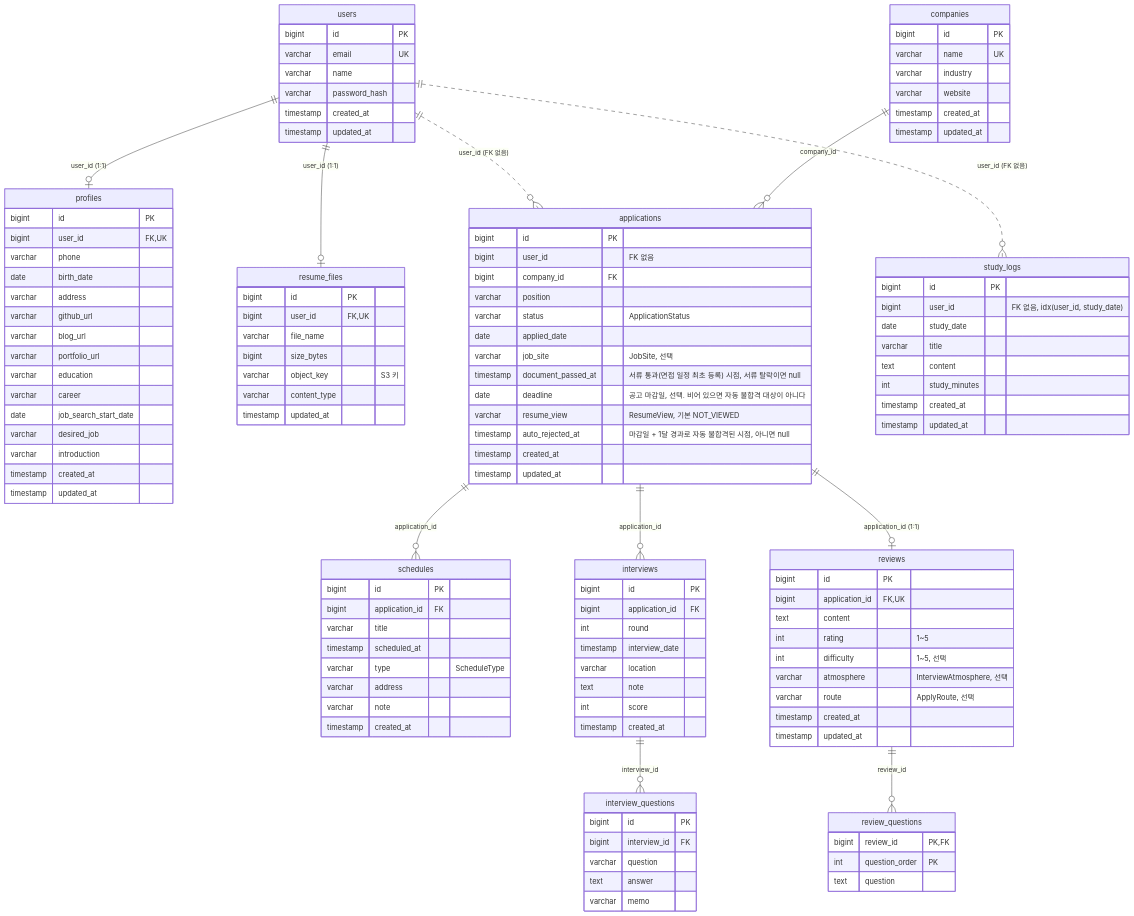
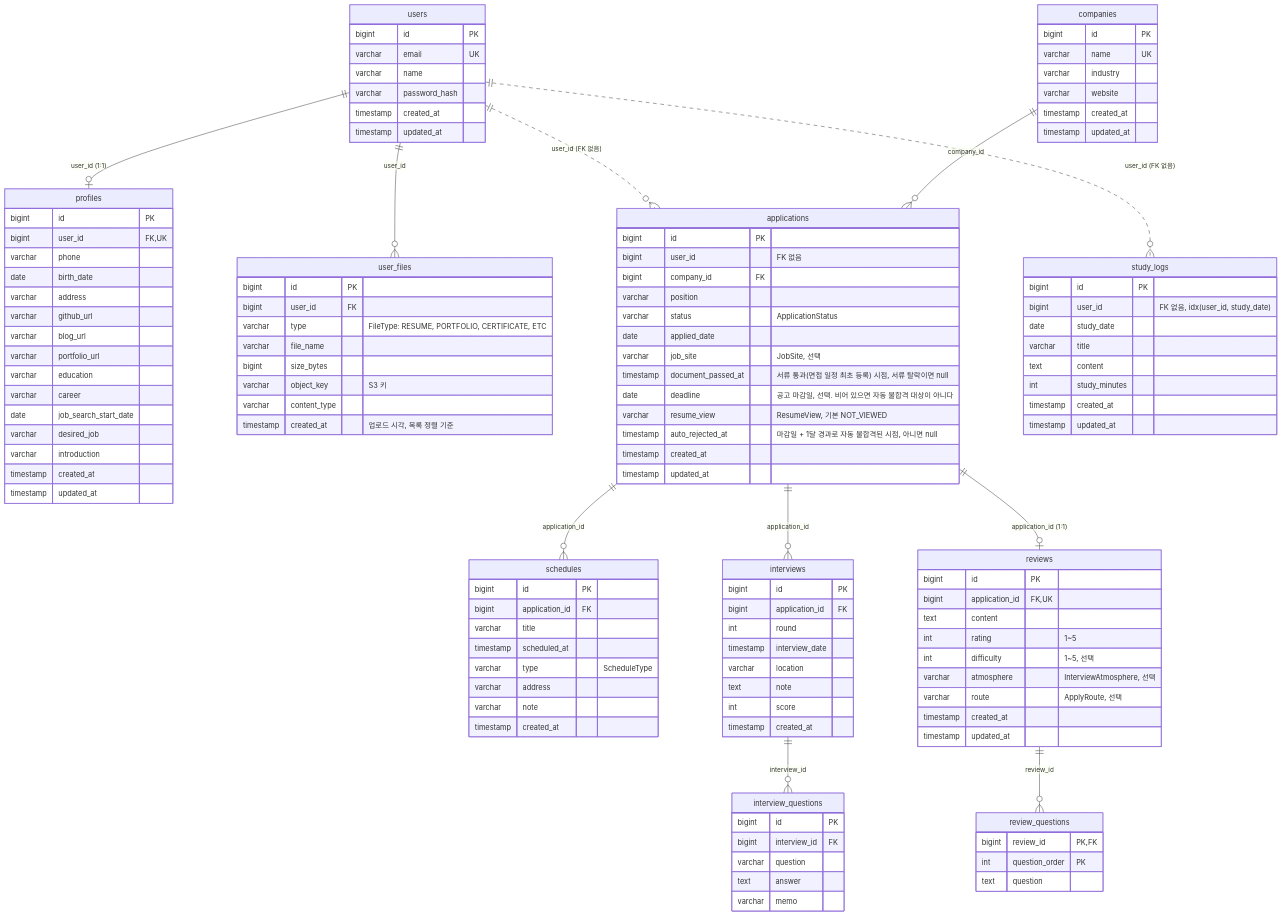
One commit to MyeongSooJang/job-tracker changed the diagram in docs/ERD.md. Above: the diagram before and after it, drawn with Mermaid. The commit also changed other lines of this file and 10 other files, not shown here.

````diff
--- a/docs/ERD.md
+++ b/docs/ERD.md
@@ -5,7 +5,7 @@
 ```mermaid
 erDiagram
     users ||--o| profiles : "user_id (1:1)"
-    users ||--o| resume_files : "user_id (1:1)"
+    users ||--o{ user_files : "user_id"
     users ||..o{ applications : "user_id (FK 없음)"
     users ||..o{ study_logs : "user_id (FK 없음)"
     companies ||--o{ applications : "company_id"
@@ -40,14 +40,15 @@
         timestamp created_at
         timestamp updated_at
     }
-    resume_files {
+    user_files {
         bigint id PK
-        bigint user_id FK,UK
+        bigint user_id FK
+        varchar type "FileType: RESUME, PORTFOLIO, CERTIFICATE, ETC"
         varchar file_name
         bigint size_bytes
         varchar object_key "S3 키"
         varchar content_type
-        timestamp updated_at
+        timestamp created_at "업로드 시각, 목록 정렬 기준"
     }
     companies {
         bigint id PK
````
